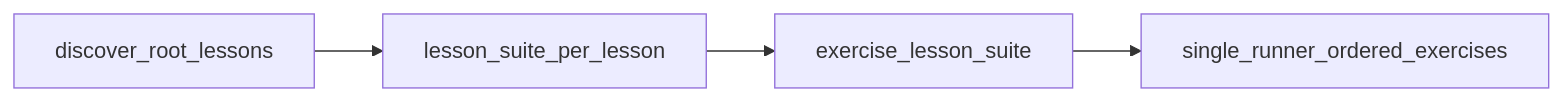
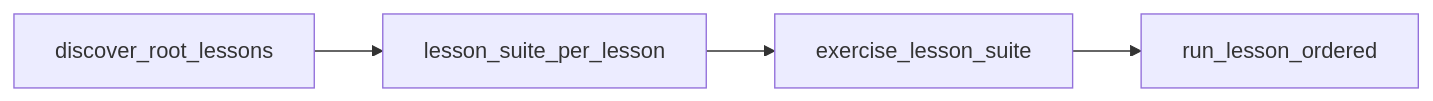
The diagram in docs/teacher-guide.md (morbargig/linux-practice), drawn with Mermaid before and after one commit. The commit also changed other lines of this file and 5 other files, not shown here.

First line of the commit message:
ci: single runner per lesson; ordered exercises; skip report per slug

````diff
--- a/docs/teacher-guide.md
+++ b/docs/teacher-guide.md
@@ -86,10 +86,10 @@
 ```mermaid
 flowchart LR
   discoverRoot[discover_root_lessons]
   lessonWave[lesson_suite_per_lesson]
   reusableRun[exercise_lesson_suite]
-  sequentialRun[single_runner_ordered_exercises]
+  lessonRunner[run_lesson_ordered]
   discoverRoot --> lessonWave
   lessonWave --> reusableRun
-  reusableRun --> sequentialRun
+  reusableRun --> lessonRunner
 ```
````
